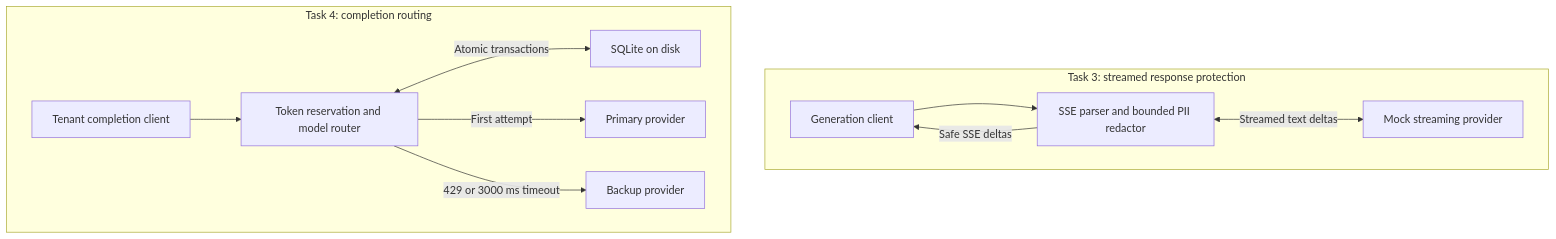
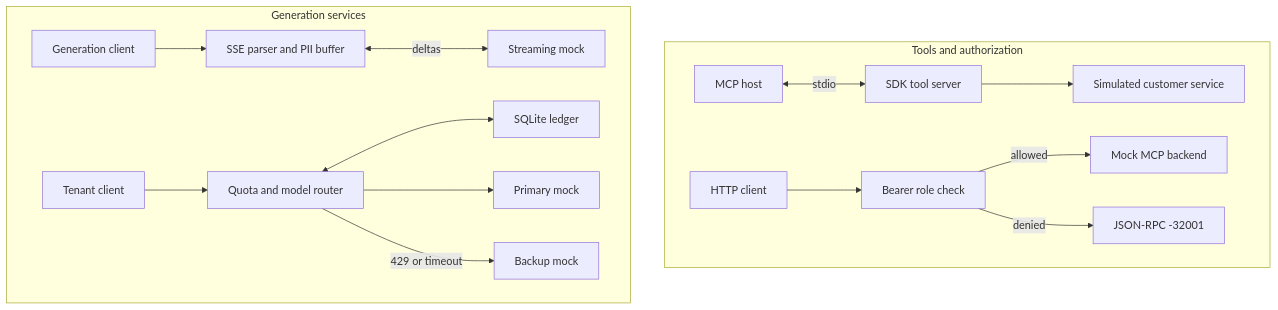
Before and after one commit to vedhireanvesh29-eng/Quilr_ai_Assessment: the diagram in README.md, drawn with Mermaid. The commit also changed other lines of this file and 7 other files, not shown here.

````diff
--- a/README.md
+++ b/README.md
@@ -41,14 +16,18 @@
 ```mermaid
 flowchart TB
-    subgraph T3["Task 3: streamed response protection"]
-        Client["Generation client"] --> Guard["SSE parser and bounded PII redactor"]
-        Guard <-->|"Streamed text deltas"| StreamProvider["Mock streaming provider"]
-        Guard -->|"Safe SSE deltas"| Client
+    subgraph Tools["Tools and authorization"]
+        Host["MCP host"] <-->|stdio| MCP["SDK tool server"]
+        MCP --> Customers["Simulated customer service"]
+        Agent["HTTP client"] --> Gateway["Bearer role check"]
+        Gateway -->|allowed| Backend["Mock MCP backend"]
+        Gateway -->|denied| Error["JSON-RPC -32001"]
     end
-    subgraph T4["Task 4: completion routing"]
-        Caller["Tenant completion client"] --> Router["Token reservation and model router"]
-        Router <-->|"Atomic transactions"| Database["SQLite on disk"]
-        Router -->|"First attempt"| Primary["Primary provider"]
-        Router -->|"429 or 3000 ms timeout"| Backup["Backup provider"]
+    subgraph Generation["Generation services"]
+        Client["Generation client"] --> Guard["SSE parser and PII buffer"]
+        Guard <-->|deltas| Stream["Streaming mock"]
+        Caller["Tenant client"] --> Router["Quota and model router"]
+        Router <--> Ledger["SQLite ledger"]
+        Router --> Primary["Primary mock"]
+        Router -->|429 or timeout| Backup["Backup mock"]
     end
 ```
````
